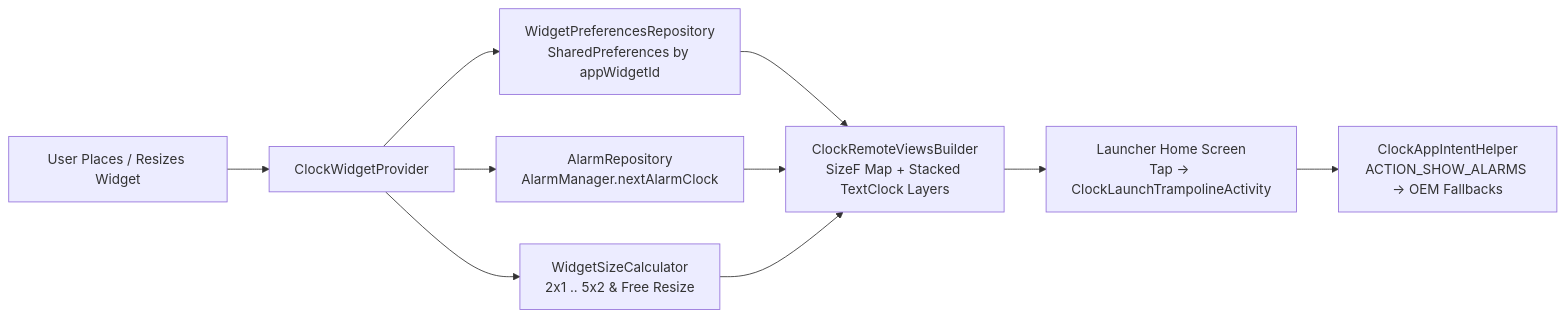
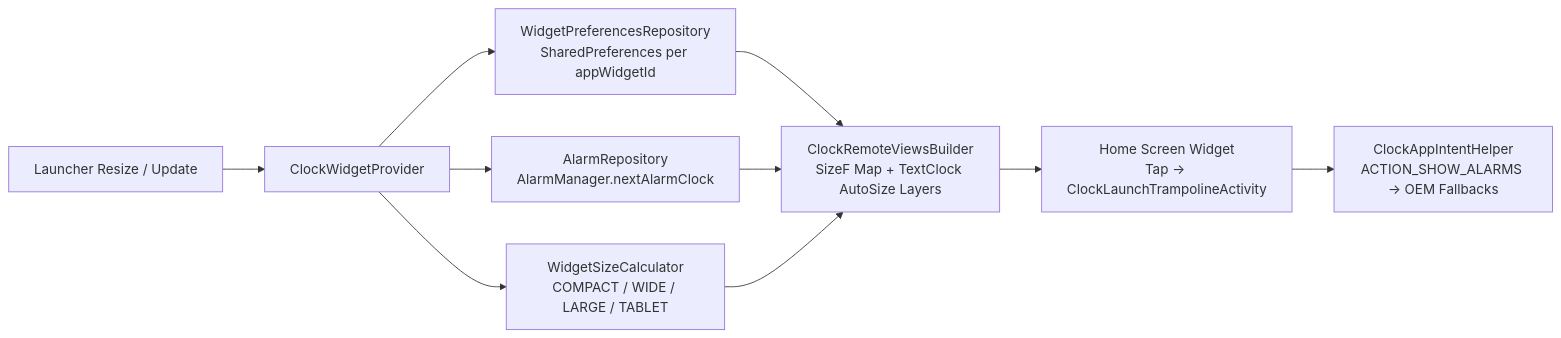
Before and after one commit to KestutisButkus/Clock: the diagram in README.md, drawn with Mermaid. The commit also changed other lines of this file and 24 other files, not shown here.

````diff
--- a/README.md
+++ b/README.md
@@ -24,10 +16,10 @@
 ```mermaid
 flowchart LR
-    A[User Places / Resizes Widget] --> B[ClockWidgetProvider]
-    B --> C[WidgetPreferencesRepository\nSharedPreferences by appWidgetId]
+    A[Launcher Resize / Update] --> B[ClockWidgetProvider]
+    B --> C[WidgetPreferencesRepository\nSharedPreferences per appWidgetId]
     B --> D[AlarmRepository\nAlarmManager.nextAlarmClock]
-    B --> E[WidgetSizeCalculator\n2x1 .. 5x2 & Free Resize]
-    C & D & E --> F[ClockRemoteViewsBuilder\nSizeF Map + Stacked TextClock Layers]
-    F --> G[Launcher Home Screen\nTap -> ClockLaunchTrampolineActivity]
+    B --> E[WidgetSizeCalculator\nCOMPACT / WIDE / LARGE / TABLET]
+    C & D & E --> F[ClockRemoteViewsBuilder\nSizeF Map + TextClock AutoSize Layers]
+    F --> G[Home Screen Widget\nTap -> ClockLaunchTrampolineActivity]
     G --> H[ClockAppIntentHelper\nACTION_SHOW_ALARMS -> OEM Fallbacks]
 ```
````
